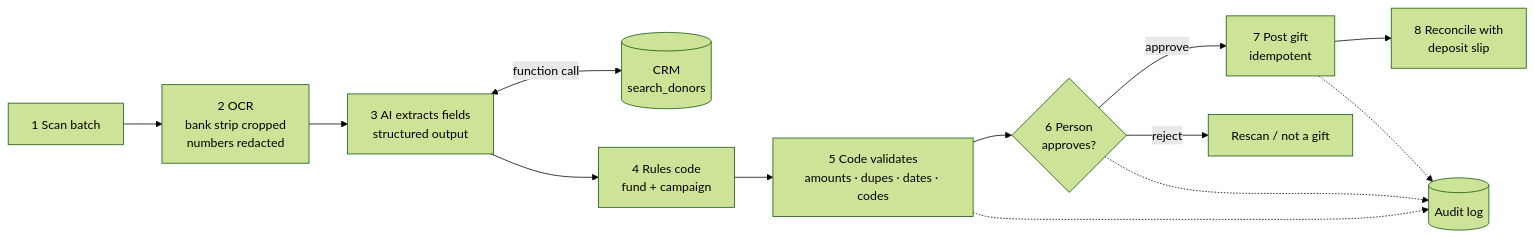
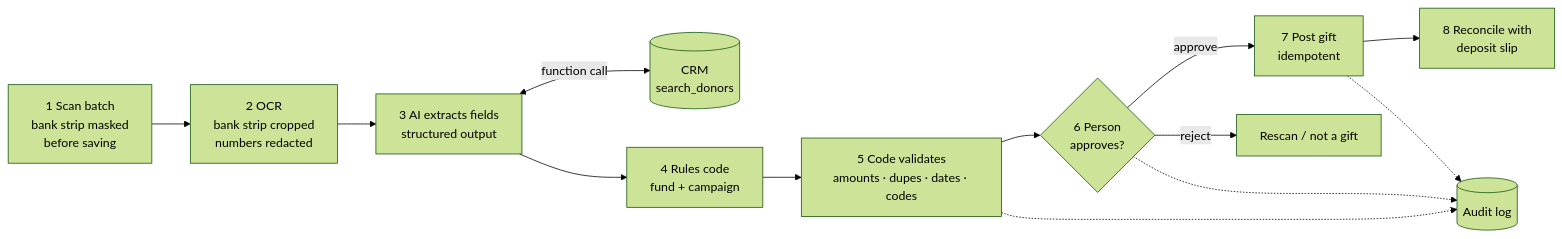
Before and after one commit to charanreddy9866/Gift-flow: the diagram in README.md, drawn with Mermaid (forest theme). The commit also changed other lines of this file, not shown here.

Commit message:
Update README: masking, OCR backstop, reviewer confirmations

````diff
--- a/README.md
+++ b/README.md
@@ -17,15 +17,15 @@
 ```mermaid
 flowchart LR
-    A[1 Scan batch] --> B[2 OCR<br/>bank strip cropped<br/>numbers redacted]
+    A[1 Scan batch<br/>bank strip masked<br/>before saving] --> B[2 OCR<br/>bank strip cropped<br/>numbers redacted]
     B --> C[3 AI extracts fields<br/>structured output]
     C <-->|function call| D[(CRM<br/>search_donors)]
     C --> E[4 Rules code<br/>fund + campaign]
     E --> F[5 Code validates<br/>amounts · dupes · dates · codes]
     F --> G{6 Person<br/>approves?}
     G -->|approve| H[7 Post gift<br/>idempotent]
     G -->|reject| X[Rescan / not a gift]
     H --> I[8 Reconcile with<br/>deposit slip]
     F -.-> L[(Audit log)]
     G -.-> L
     H -.-> L
 ```
````
